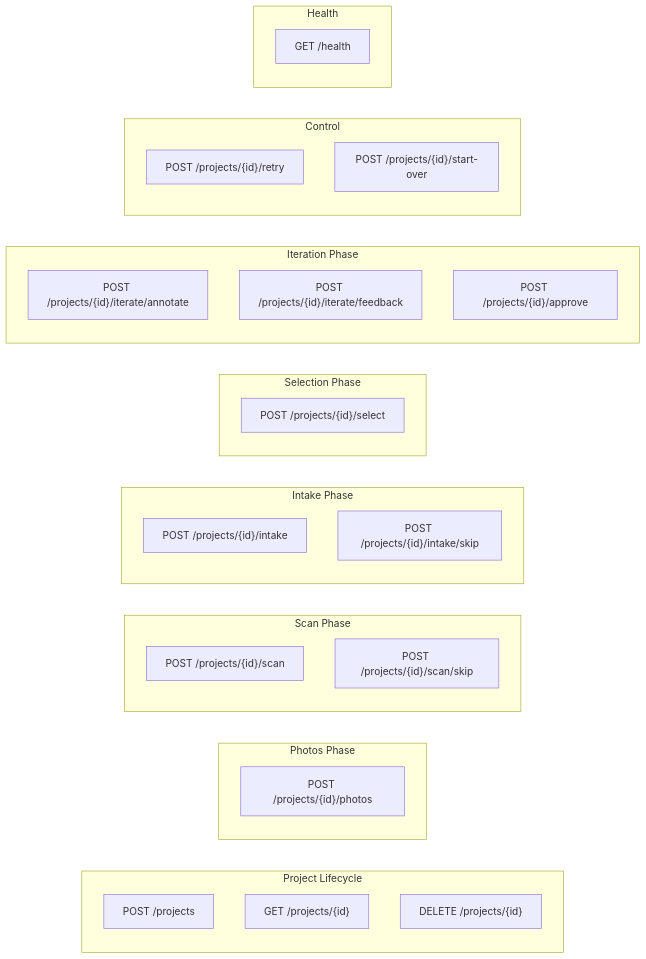
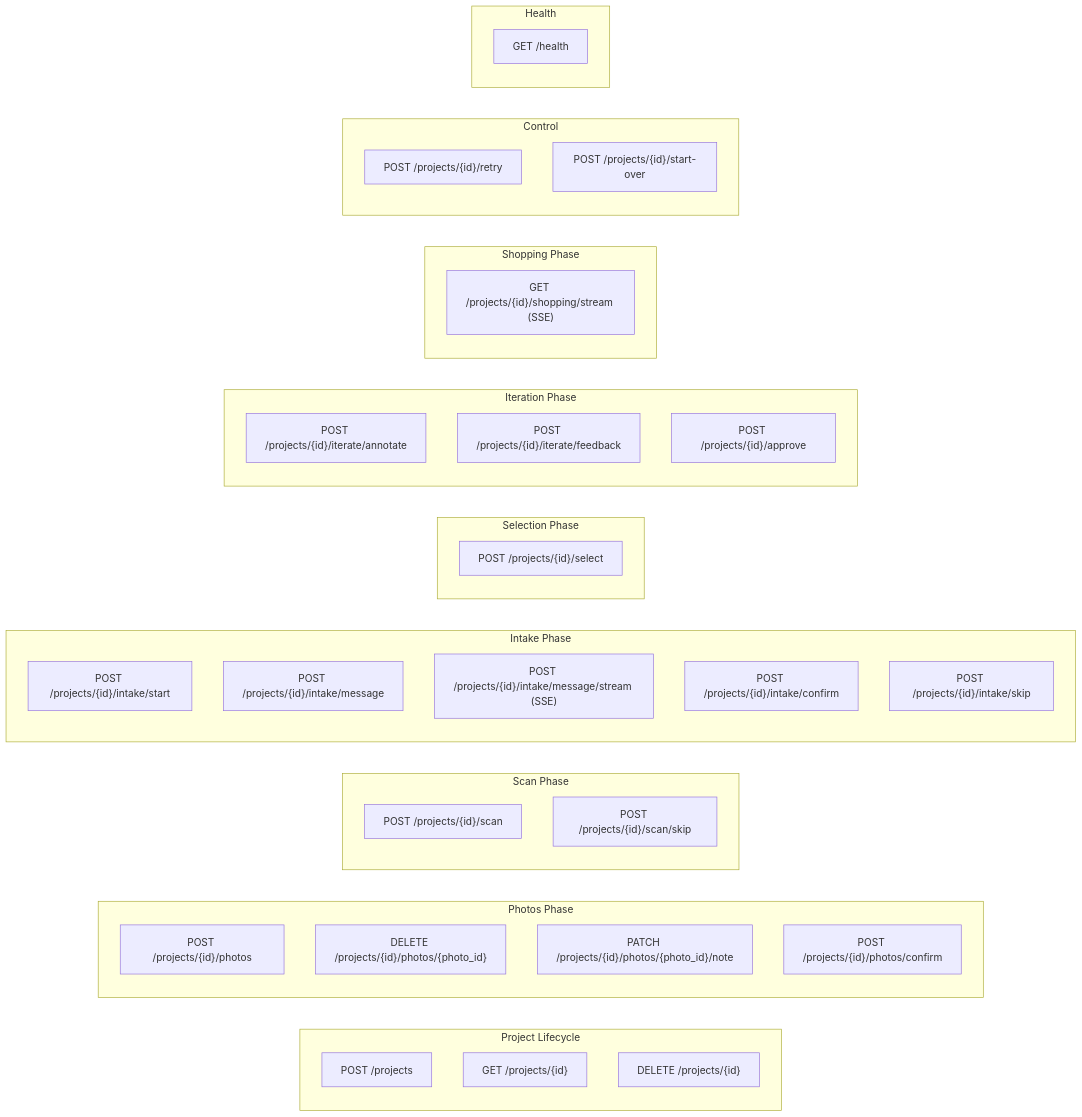
The fourth of 12 diagrams in specs/ARCHITECTURE.md (hippogriff-ai/remo), drawn with Mermaid before and after one commit. The commit also changed other lines of this file and 58 other files, not shown here.

First line of the commit message:
Device bug fixes: edit annotations, intake self-repeat, shopping search (#19)

````diff
--- a/specs/ARCHITECTURE.md
+++ b/specs/ARCHITECTURE.md
@@ -167,41 +168,51 @@
 ```mermaid
 graph LR
     subgraph Project["Project Lifecycle"]
         POST_create["POST /projects"]
         GET_state["GET /projects/{id}"]
         DELETE_proj["DELETE /projects/{id}"]
     end
 
     subgraph Photos["Photos Phase"]
         POST_photo["POST /projects/{id}/photos"]
+        DELETE_photo["DELETE /projects/{id}/photos/{photo_id}"]
+        PATCH_note["PATCH /projects/{id}/photos/{photo_id}/note"]
+        POST_confirm["POST /projects/{id}/photos/confirm"]
     end
 
     subgraph Scan["Scan Phase"]
         POST_scan["POST /projects/{id}/scan"]
         POST_skip_scan["POST /projects/{id}/scan/skip"]
     end
 
     subgraph Intake["Intake Phase"]
-        POST_intake["POST /projects/{id}/intake"]
+        POST_intake_start["POST /projects/{id}/intake/start"]
+        POST_intake_msg["POST /projects/{id}/intake/message"]
+        POST_intake_stream["POST /projects/{id}/intake/message/stream (SSE)"]
+        POST_intake_confirm["POST /projects/{id}/intake/confirm"]
         POST_skip_intake["POST /projects/{id}/intake/skip"]
     end
 
     subgraph Selection["Selection Phase"]
         POST_select["POST /projects/{id}/select"]
     end
 
     subgraph Iteration["Iteration Phase"]
         POST_annotate["POST /projects/{id}/iterate/annotate"]
         POST_feedback["POST /projects/{id}/iterate/feedback"]
         POST_approve["POST /projects/{id}/approve"]
     end
 
+    subgraph Shopping["Shopping Phase"]
+        GET_shop_stream["GET /projects/{id}/shopping/stream (SSE)"]
+    end
+
     subgraph Control["Control"]
         POST_retry["POST /projects/{id}/retry"]
         POST_start_over["POST /projects/{id}/start-over"]
     end
 
     subgraph Health["Health"]
         GET_health["GET /health"]
     end
 ```
````
